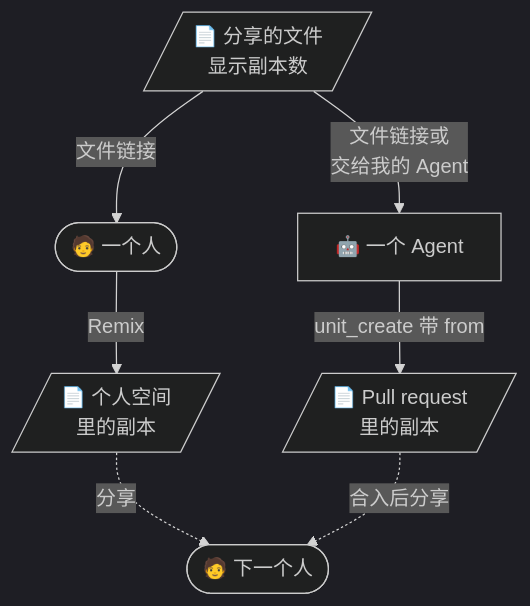
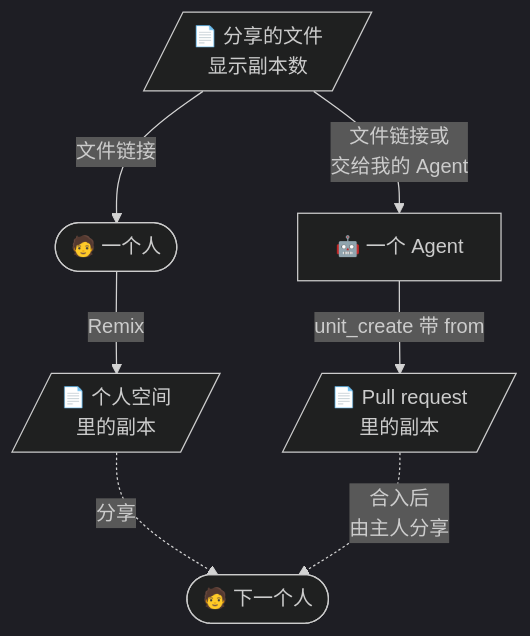
One commit to dream-num/univer-workspace changed the fourth of 5 diagrams in docs/agent-handoff-showcase.zh-CN.md. Above: the diagram before and after it, drawn with Mermaid (dark theme). The commit also changed other lines of this file and 13 other files, not shown here.

````diff
--- a/docs/agent-handoff-showcase.zh-CN.md
+++ b/docs/agent-handoff-showcase.zh-CN.md
@@ -152,9 +146,9 @@
 ```mermaid
 flowchart TB
     Src[/"📄 分享的文件<br/>显示副本数"/] -- 文件链接 --> Person(["🧑 一个人"])
     Src -- 文件链接或<br/>交给我的 Agent --> Agent["🤖 一个 Agent"]
     Person -- Remix --> PersonCopy[/"📄 个人空间<br/>里的副本"/]
     Agent -- unit_create 带 from --> AgentCopy[/"📄 Pull request<br/>里的副本"/]
     PersonCopy -. 分享 .-> Next(["🧑 下一个人"])
-    AgentCopy -. 合入后分享 .-> Next
+    AgentCopy -. 合入后<br/>由主人分享 .-> Next
 ```
````
